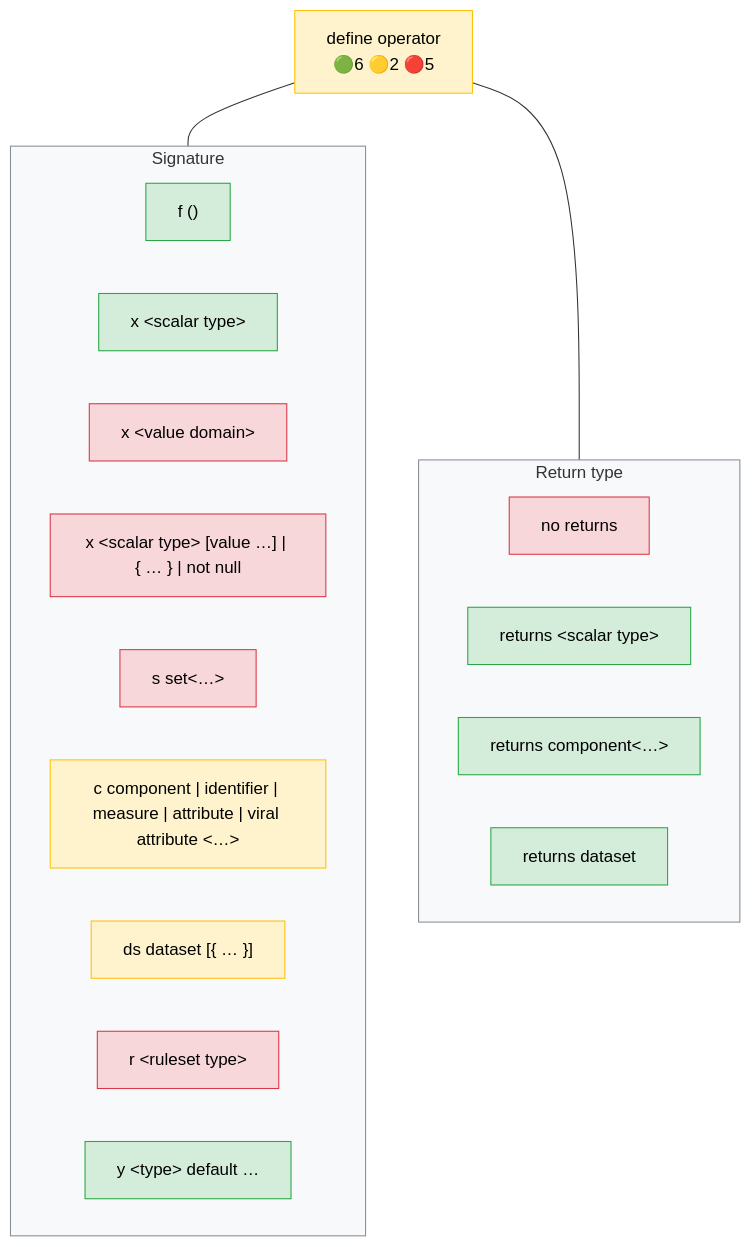
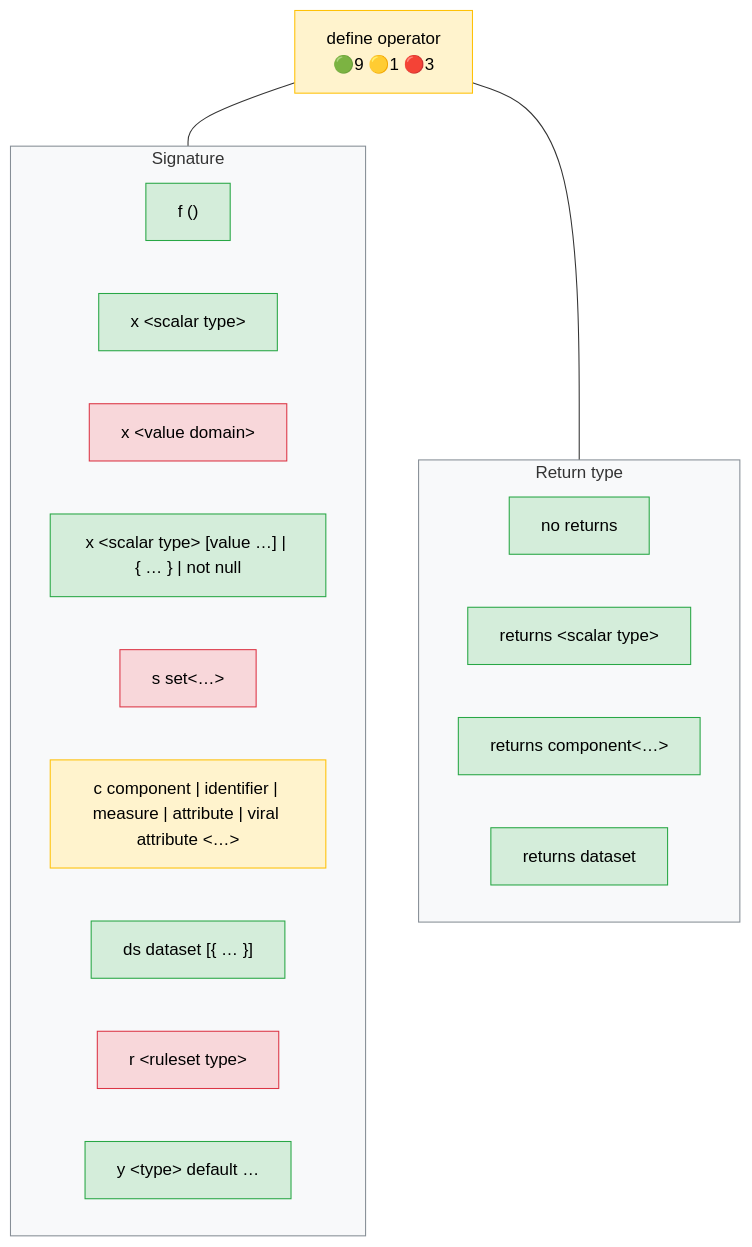
The diagram in docs/operator_map/definitions/define_operator.rst (Meaningful-Data/vtlengine), drawn with Mermaid before and after one commit. The commit also changed other lines of this file and 161 other files, not shown here.

```diff
--- a/docs/operator_map/definitions/define_operator.rst
+++ b/docs/operator_map/definitions/define_operator.rst
@@ -17,48 +17,48 @@
 .. mermaid::
    :config: {"flowchart": {"useMaxWidth": false}}
 
    flowchart TB
        classDef ok fill:#d4edda,stroke:#28a745,color:#000
        classDef partial fill:#fff3cd,stroke:#ffc107,color:#000
        classDef refused fill:#d4edda,stroke:#28a745,stroke-width:3px,stroke-dasharray: 2 2,color:#000
        classDef missing fill:#f8d7da,stroke:#dc3545,color:#000
        classDef diverge fill:#cce5ff,stroke:#007bff,color:#000
        classDef block fill:#2b3a4a,stroke:#2b3a4a,color:#fff,font-weight:bold
        classDef ext fill:#fff,stroke:#666,color:#000,stroke-dasharray: 5 5
-       O["define operator<br/>🟢6 🟡2 🔴5"]:::partial
+       O["define operator<br/>🟢9 🟡1 🔴3"]:::partial
        subgraph G_b1["Signature"]
            direction LR
            v_no_parameters["f ()"]:::ok
            v_scalar_type["x #60;scalar type#62;"]:::ok
            v_value_domain["x #60;value domain#62;"]:::missing
-           v_constrained_scalar["x #60;scalar type#62; #91;value …#93; #124; #123; … #125; #124; not null"]:::missing
+           v_constrained_scalar["x #60;scalar type#62; #91;value …#93; #124; #123; … #125; #124; not null"]:::ok
            v_set["s set#60;…#62;"]:::missing
            v_component["c component #124; identifier #124; measure #124; attribute #124; viral attribute #60;…#62;"]:::partial
-           v_dataset["ds dataset #91;#123; … #125;#93;"]:::partial
+           v_dataset["ds dataset #91;#123; … #125;#93;"]:::ok
            v_ruleset["r #60;ruleset type#62;"]:::missing
            v_default_value["y #60;type#62; default …"]:::ok
        end
        subgraph G_b2["Return type"]
            direction LR
-           v_returns_omitted["no returns"]:::missing
+           v_returns_omitted["no returns"]:::ok
            v_returns_scalar["returns #60;scalar type#62;"]:::ok
            v_returns_component["returns component#60;…#62;"]:::ok
            v_returns_dataset["returns dataset"]:::ok
        end
        O --- G_b1
        O --- G_b2
        style G_b1 fill:#f8f9fa,stroke:#868e96,stroke-width:1px
        style G_b2 fill:#f8f9fa,stroke:#868e96,stroke-width:1px
        click v_no_parameters href "#form-no-parameters"
        click v_scalar_type href "#form-scalar-type"
        click v_value_domain href "#form-value-domain"
        click v_constrained_scalar href "#form-constrained-scalar"
        click v_set href "#form-set"
        click v_component href "#form-component"
        click v_dataset href "#form-dataset"
        click v_ruleset href "#form-ruleset"
        click v_default_value href "#form-default-value"
        click v_returns_omitted href "#form-returns-omitted"
        click v_returns_scalar href "#form-returns-scalar"
        click v_returns_component href "#form-returns-component"
        click v_returns_dataset href "#form-returns-dataset"
```
